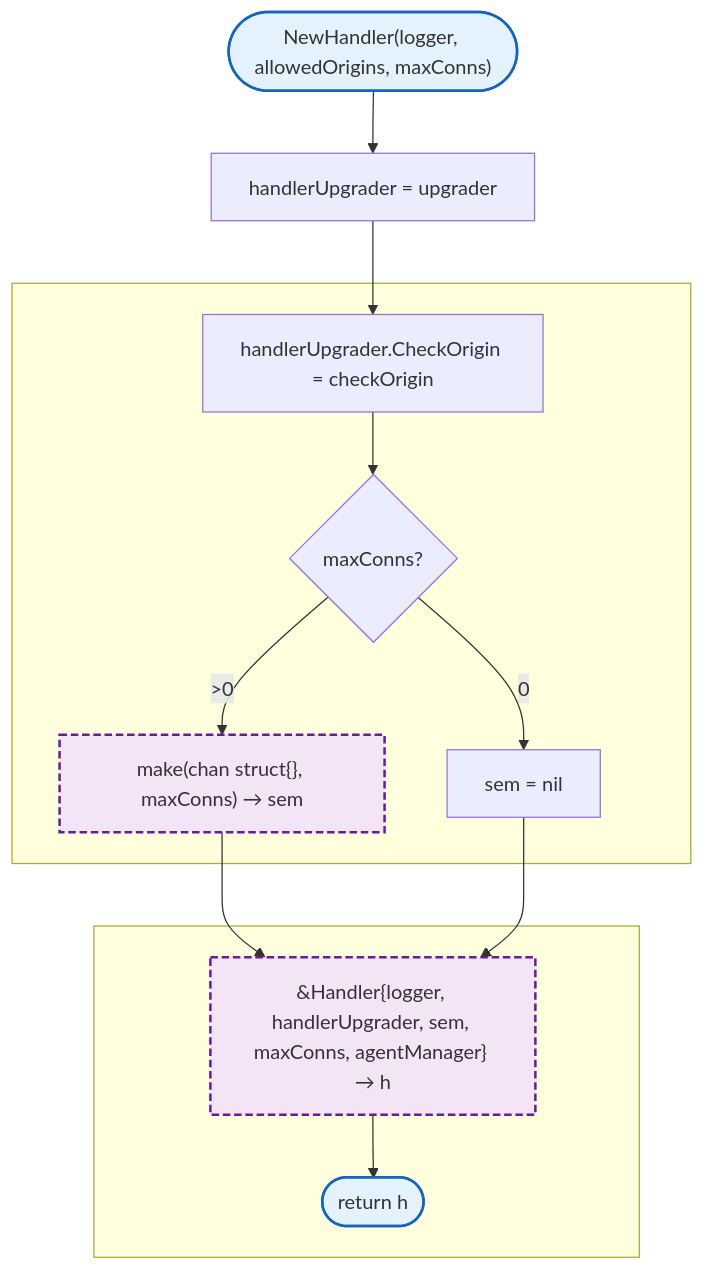
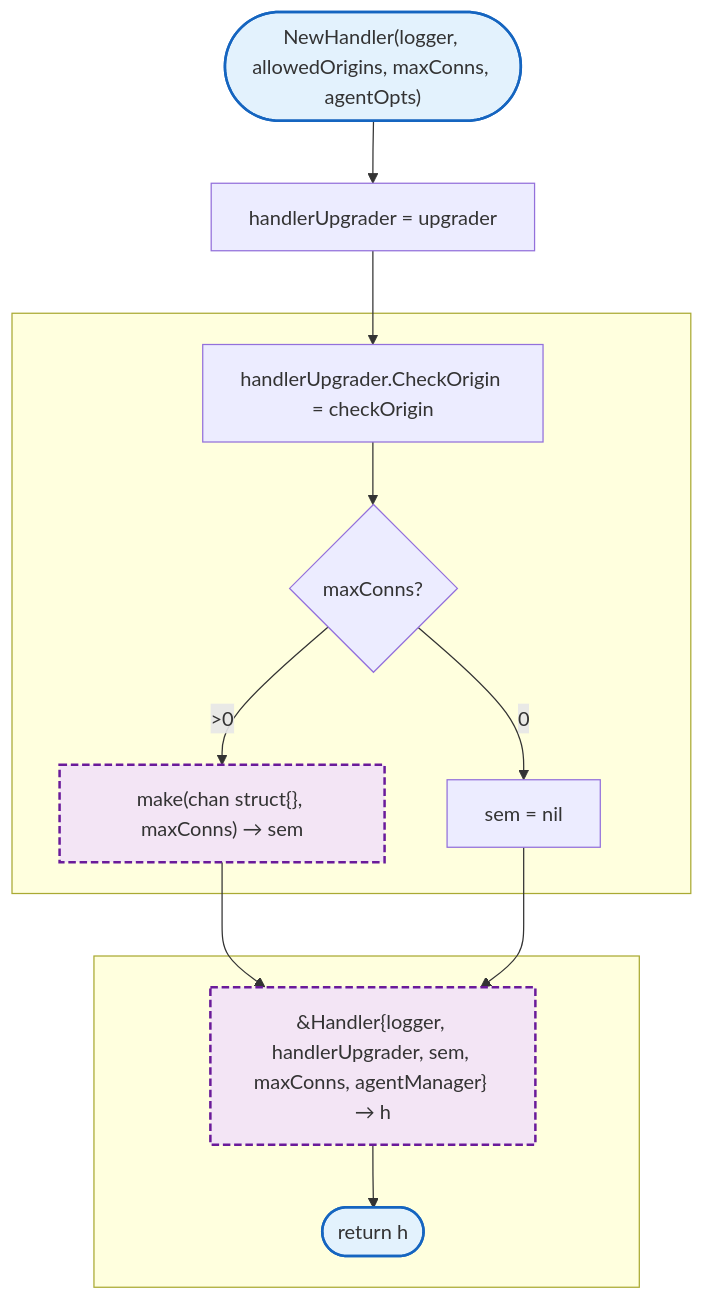
One commit to radch-ai/ava changed the second of 12 diagrams in docs/internal/websocket.md. Above: the diagram before and after it, drawn with Mermaid. The commit also changed other lines of this file and 38 other files, not shown here.

````diff
--- a/docs/internal/websocket.md
+++ b/docs/internal/websocket.md
@@ -109,27 +112,27 @@
 ```mermaid
 flowchart TB
-    Start(["NewHandler(logger, allowedOrigins, maxConns)"]) --> CopyUpgrader["handlerUpgrader = upgrader"]
+    Start(["NewHandler(logger, allowedOrigins, maxConns, agentOpts)"]) --> CopyUpgrader["handlerUpgrader = upgrader"]
     CopyUpgrader --> SetOrigin["handlerUpgrader.CheckOrigin = checkOrigin"]
 
     subgraph SGCheckOrigin [" "]
         SetOrigin --> CheckOriginDef{maxConns?}
         CheckOriginDef -->|>0| MakeSem["make(chan struct{}, maxConns) → sem"]
         CheckOriginDef -->|0| NoSem["sem = nil"]
     end
 
     MakeSem --> CreateHandler
     NoSem --> CreateHandler
 
     subgraph SGCreateHandler [" "]
         CreateHandler["&Handler{logger, handlerUpgrader, sem, maxConns, agentManager} → h"]
         CreateHandler --> Done(["return h"])
     end
 
     click SetOrigin href "#checkOrigin"
 
     classDef mainFn fill:#e3f2fd,stroke:#1565c0,stroke-width:2px
     classDef internalFn fill:#f3e5f5,stroke:#6a1b9a,stroke-width:2px,stroke-dasharray:6 3
 
     class Start,Done mainFn
     class MakeSem,CreateHandler internalFn
 ```
````
